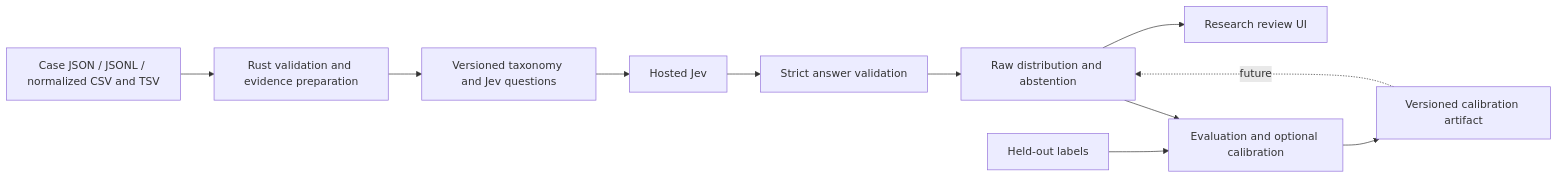
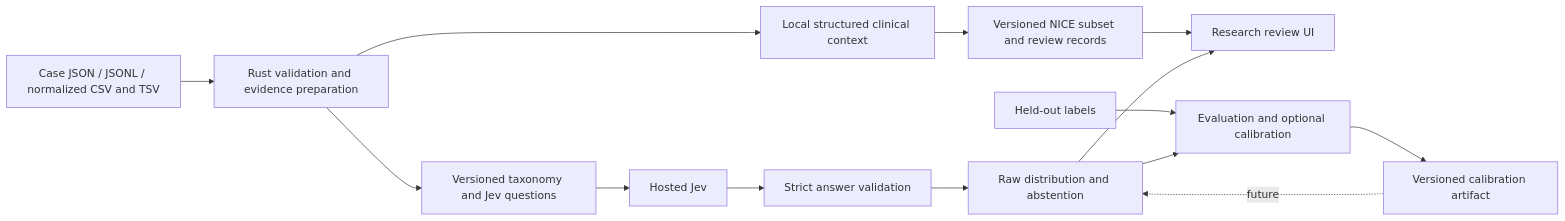
One commit to SampleBias/Jev_Onco_Statistical_Hierarchy changed the diagram in docs/ARCHITECTURE.md. Above: the diagram before and after it, drawn with Mermaid. The commit also changed other lines of this file and 90 other files, not shown here.

Commit message:
feat: release JOSH 0.4.0 with CUP visualizations and NICE review

````diff
--- a/docs/ARCHITECTURE.md
+++ b/docs/ARCHITECTURE.md
@@ -5,13 +5,16 @@
 ```mermaid
 flowchart LR
     A[Case JSON / JSONL / normalized CSV and TSV] --> B[Rust validation and evidence preparation]
     B --> C[Versioned taxonomy and Jev questions]
+    B --> K[Local structured clinical context]
+    K --> L[Versioned NICE subset and review records]
+    L --> G
     C --> D[Hosted Jev]
     D --> E[Strict answer validation]
     E --> F[Raw distribution and abstention]
     F --> G[Research review UI]
     H[Held-out labels] --> I[Evaluation and optional calibration]
     F --> I
     I --> J[Versioned calibration artifact]
     J -. future .-> F
 ```
````
